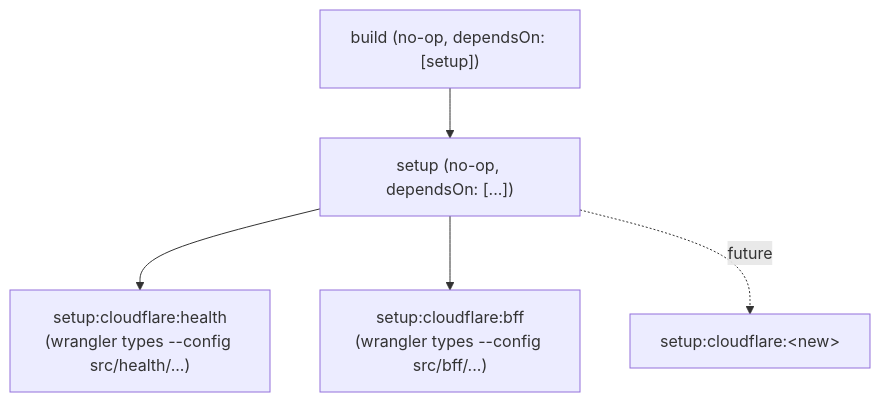
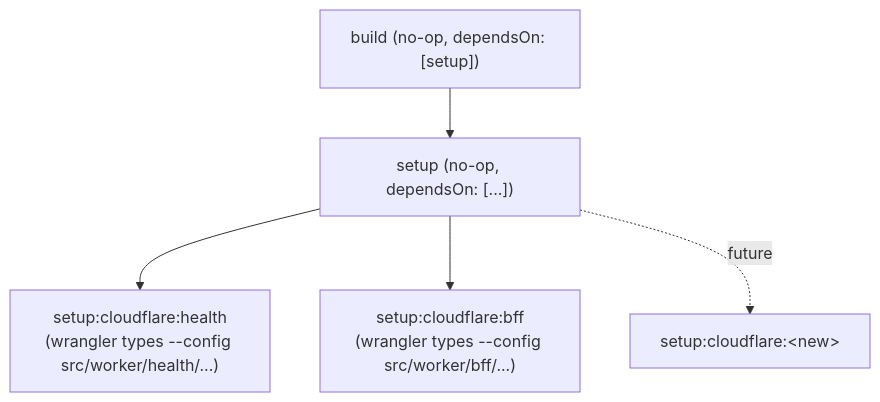
Before and after one commit to totto2727-org/monorepo: the third of 3 diagrams in docs/workflow/feed-platform-ms-01-workspace-foundation/design.md, drawn with Mermaid. The commit also changed other lines of this file and 4 other files, not shown here.

First line of the commit message:
docs(dev-workflow/feed-platform-ms-01-workspace-foundation): document backend src/worker/ restructure across artifacts

````diff
--- a/docs/workflow/feed-platform-ms-01-workspace-foundation/design.md
+++ b/docs/workflow/feed-platform-ms-01-workspace-foundation/design.md
@@ -863,7 +864,7 @@
 ```mermaid
 graph TB
   build["build (no-op, dependsOn: [setup])"] --> setup
-  setup["setup (no-op, dependsOn: [...])"] --> sc_health["setup:cloudflare:health<br/>(wrangler types --config src/health/...)"]
-  setup --> sc_bff["setup:cloudflare:bff<br/>(wrangler types --config src/bff/...)"]
+  setup["setup (no-op, dependsOn: [...])"] --> sc_health["setup:cloudflare:health<br/>(wrangler types --config src/worker/health/...)"]
+  setup --> sc_bff["setup:cloudflare:bff<br/>(wrangler types --config src/worker/bff/...)"]
   setup -.future.-> sc_new["setup:cloudflare:&lt;new&gt;"]
 ```
````
